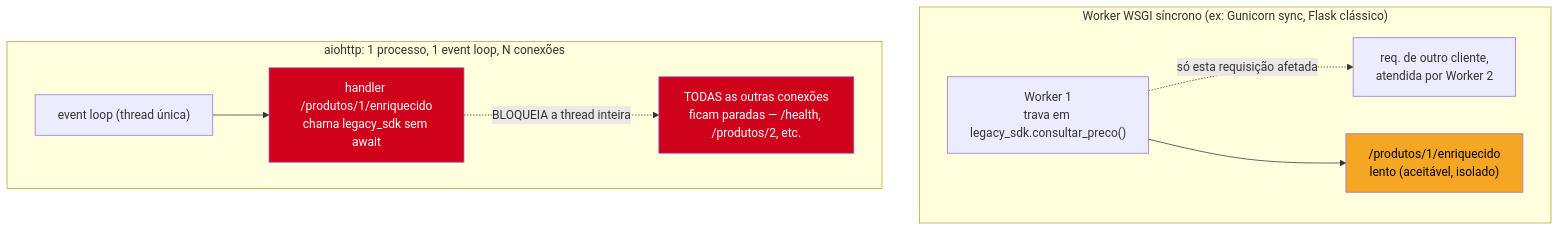
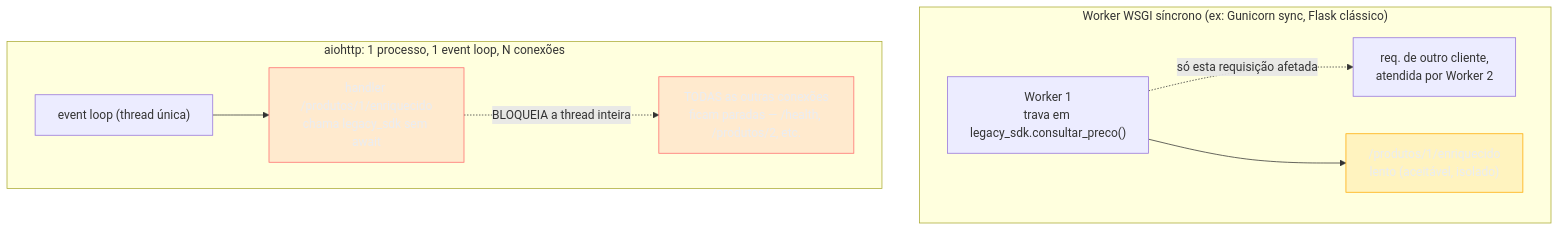
One commit to josenaldo/codex-technomanticus changed the third of 3 diagrams in 03-Dominios/Tecnologia/Python/Programação Reativa e Assíncrona/04 - aiohttp servidor — web.Application, routing e middlewares.md. Above: the diagram before and after it, drawn with Mermaid. The commit also changed other lines of this file and 1181 other files, not shown here.

First line of the commit message:
fix(diagramas): paleta do sistema no lugar de cor cravada no markdown

````diff
--- a/03-Dominios/Tecnologia/Python/Programação Reativa e Assíncrona/04 - aiohttp servidor — web.Application, routing e middlewares.md
+++ b/03-Dominios/Tecnologia/Python/Programação Reativa e Assíncrona/04 - aiohttp servidor — web.Application, routing e middlewares.md
@@ -315,16 +317,18 @@
 ```mermaid
 flowchart TB
+    classDef falha fill:#FF6B6B24,stroke:#FF6B6B,color:#E9ECF2
+    classDef destaque fill:#FFAA0024,stroke:#FFAA00,color:#E9ECF2
     subgraph WSGI["Worker WSGI síncrono (ex: Gunicorn sync, Flask clássico)"]
         W1["Worker 1<br/>trava em legacy_sdk.consultar_preco()"] -.->|"só esta requisição afetada"| X1["req. de outro cliente,<br/>atendida por Worker 2"]
         W1 --> R1["/produtos/1/enriquecido<br/>lento (aceitável, isolado)"]
     end
 
     subgraph AIOHTTP["aiohttp: 1 processo, 1 event loop, N conexões"]
         EL["event loop (thread única)"] --> H1["handler /produtos/1/enriquecido<br/>chama legacy_sdk sem await"]
         H1 -.->|"BLOQUEIA a thread inteira"| Travado["TODAS as outras conexões<br/>ficam paradas — /health, /produtos/2, etc."]
     end
 
-    style H1 fill:#D0021B,color:#fff
-    style Travado fill:#D0021B,color:#fff
-    style R1 fill:#F5A623,color:#000
+    class H1 falha
+    class Travado falha
+    class R1 destaque
 ```
````
